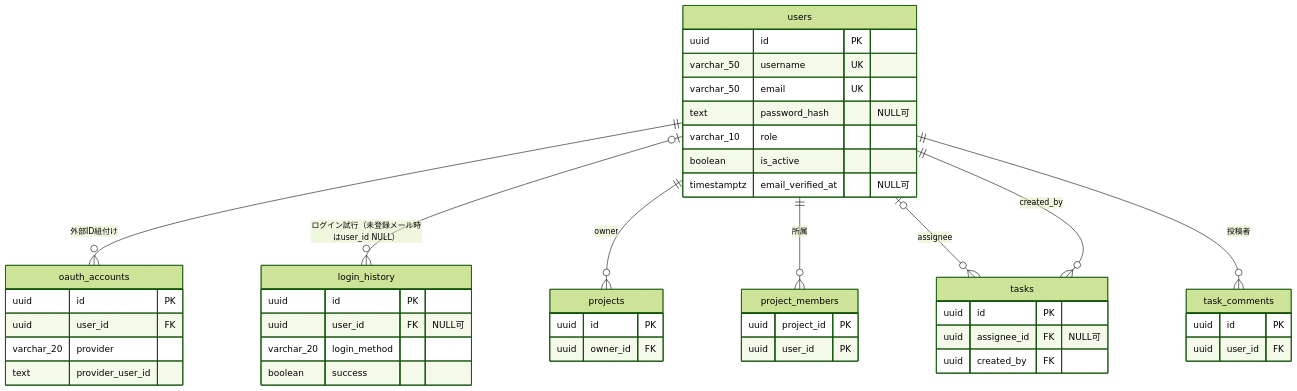
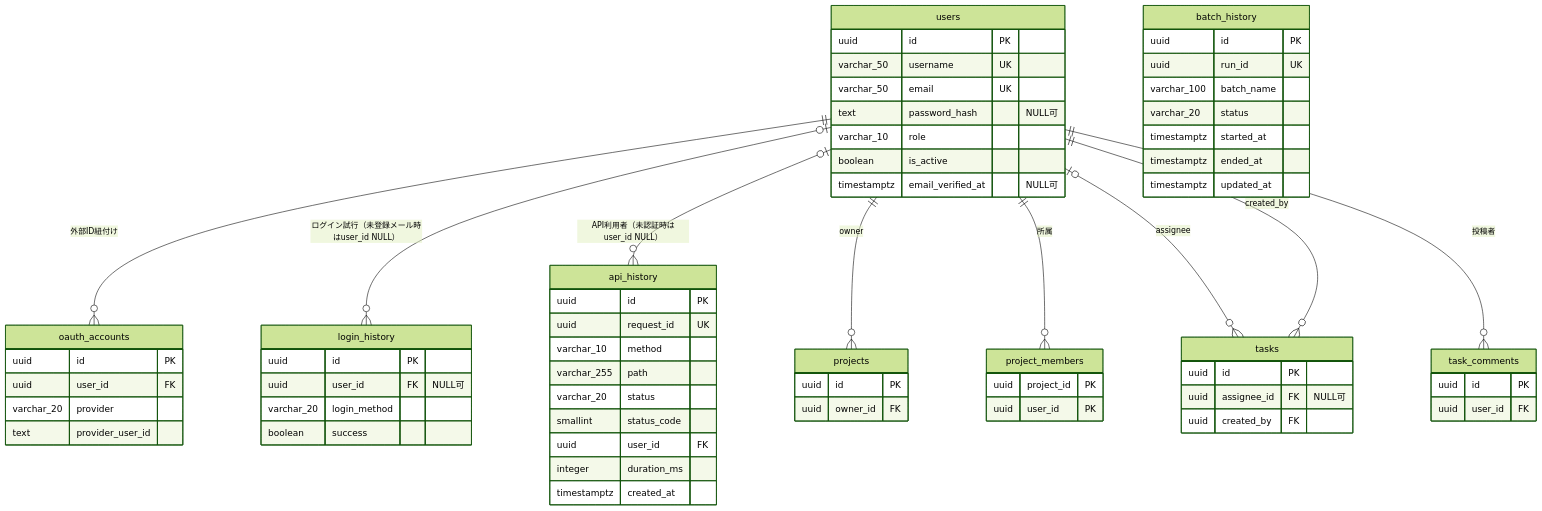
Before and after one commit to oikawa-d/task_management: the diagram in detailed_design/database/00_policy.md, drawn with Mermaid (forest theme). The commit also changed other lines of this file and 21 other files, not shown here.

````diff
--- a/detailed_design/database/00_policy.md
+++ b/detailed_design/database/00_policy.md
@@ -108,49 +111,70 @@
 ```mermaid
 erDiagram
     users ||--o{ oauth_accounts : "外部ID紐付け"
     users |o--o{ login_history : "ログイン試行（未登録メール時はuser_id NULL）"
+    users |o--o{ api_history : "API利用者（未認証時はuser_id NULL）"
     users ||--o{ projects : "owner"
     users ||--o{ project_members : "所属"
     users |o--o{ tasks : "assignee"
     users ||--o{ tasks : "created_by"
     users ||--o{ task_comments : "投稿者"
 
     users {
         uuid id PK
         varchar_50 username UK
         varchar_50 email UK
         text password_hash "NULL可"
         varchar_10 role
         boolean is_active
         timestamptz email_verified_at "NULL可"
     }
     oauth_accounts {
         uuid id PK
         uuid user_id FK
         varchar_20 provider
         text provider_user_id
     }
     login_history {
         uuid id PK
         uuid user_id FK "NULL可"
         varchar_20 login_method
         boolean success
     }
+    api_history {
+        uuid id PK
+        uuid request_id UK
+        varchar_10 method
+        varchar_255 path
+        varchar_20 status
+        smallint status_code
+        uuid user_id FK
+        integer duration_ms
+        timestamptz created_at
+    }
+    batch_history {
+        uuid id PK
+        uuid run_id UK
+        varchar_100 batch_name
+        varchar_20 status
+        timestamptz started_at
+        timestamptz ended_at
+        timestamptz updated_at
+    }
     projects {
         uuid id PK
         uuid owner_id FK
     }
     project_members {
         uuid project_id PK
         uuid user_id PK
     }
     tasks {
         uuid id PK
         uuid assignee_id FK "NULL可"
         uuid created_by FK
     }
     task_comments {
         uuid id PK
         uuid user_id FK
     }
 ```
````
